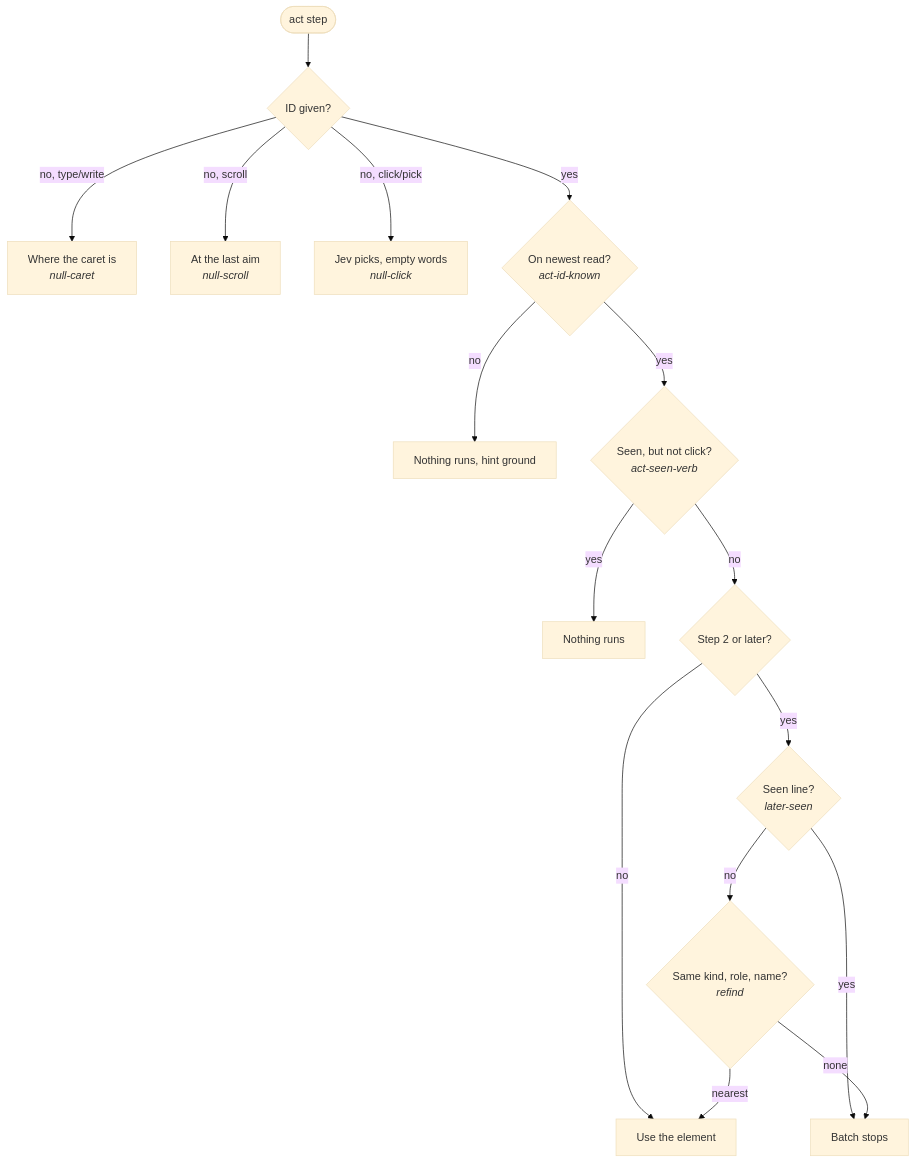
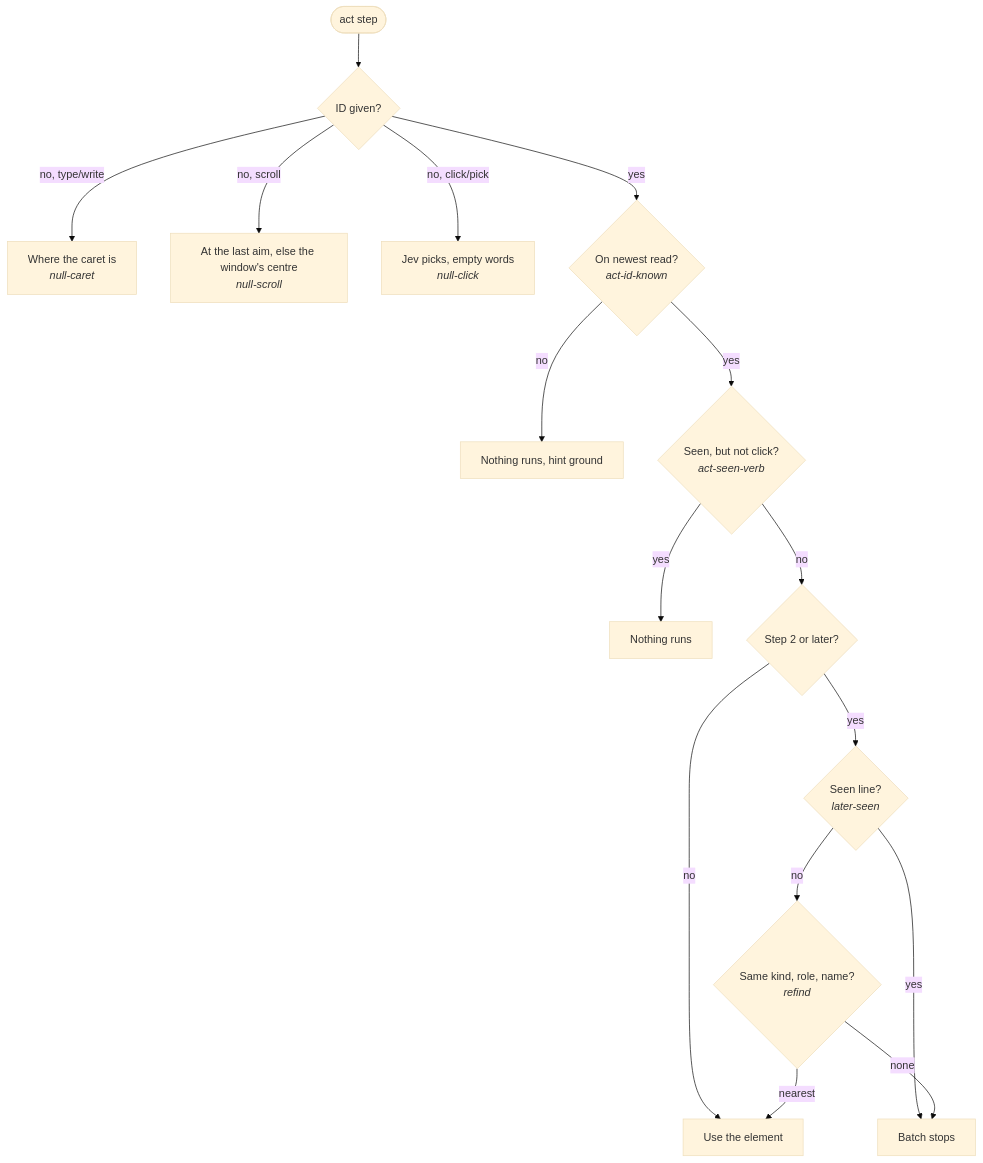
The sixth of 16 diagrams in docs/actions-trees.md (znat/parrotflow), drawn with Mermaid (base theme) before and after one commit. The commit also changed other lines of this file and 5 other files, not shown here.

````diff
--- a/docs/actions-trees.md
+++ b/docs/actions-trees.md
@@ -135,20 +135,20 @@
 ```mermaid
 flowchart TD
   classDef prompt stroke-dasharray: 5 5
   classDef user stroke-width:3px
   A0([act step]) --> Q1{"ID given?"}
   Q1 -->|no, type/write| N1["Where the caret is<br/><i>null-caret</i>"]
-  Q1 -->|no, scroll| N2["At the last aim<br/><i>null-scroll</i>"]
+  Q1 -->|no, scroll| N2["At the last aim, else the window's centre<br/><i>null-scroll</i>"]
   Q1 -->|no, click/pick| N3["Jev picks, empty words<br/><i>null-click</i>"]
   Q1 -->|yes| Q2{"On newest read?<br/><i>act-id-known</i>"}
   Q2 -->|no| X1["Nothing runs, hint ground"]
   Q2 -->|yes| Q3{"Seen, but not click?<br/><i>act-seen-verb</i>"}
   Q3 -->|yes| X2["Nothing runs"]
   Q3 -->|no| Q4{"Step 2 or later?"}
   Q4 -->|no| T1["Use the element"]
   Q4 -->|yes| Q5{"Seen line?<br/><i>later-seen</i>"}
   Q5 -->|yes| X3["Batch stops"]
   Q5 -->|no| Q6{"Same kind, role, name?<br/><i>refind</i>"}
   Q6 -->|none| X3
   Q6 -->|nearest| T1
 ```
````
